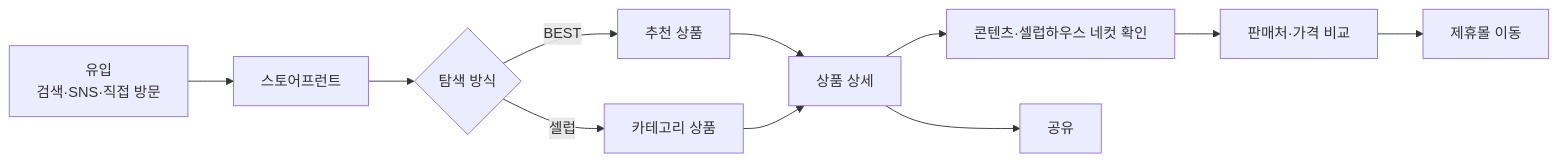
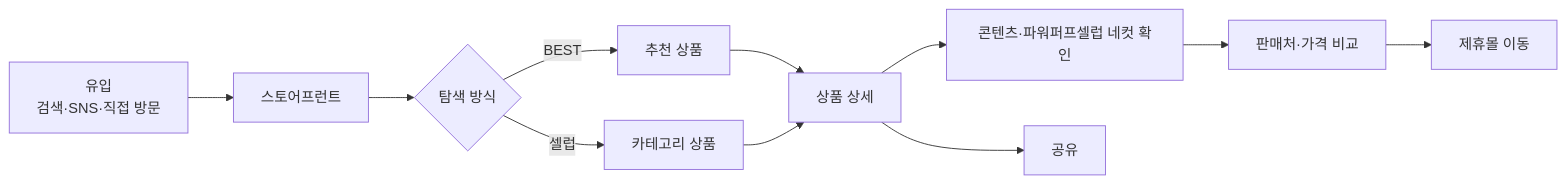
One commit to hwangsanghan0519/blog changed the first of 14 diagrams in README.md. Above: the diagram before and after it, drawn with Mermaid. The commit also changed other lines of this file and 35 other files, not shown here.

````diff
--- a/README.md
+++ b/README.md
@@ -77,13 +77,13 @@
 ```mermaid
 flowchart LR
   A[유입<br/>검색·SNS·직접 방문] --> B[스토어프런트]
   B --> C{탐색 방식}
   C -->|BEST| D[추천 상품]
   C -->|셀럽| E[카테고리 상품]
   D --> F[상품 상세]
   E --> F
-  F --> G[콘텐츠·셀럽하우스 네컷 확인]
+  F --> G[콘텐츠·파워퍼프셀럽 네컷 확인]
   G --> H[판매처·가격 비교]
   H --> I[제휴몰 이동]
   F --> J[공유]
 ```
````
